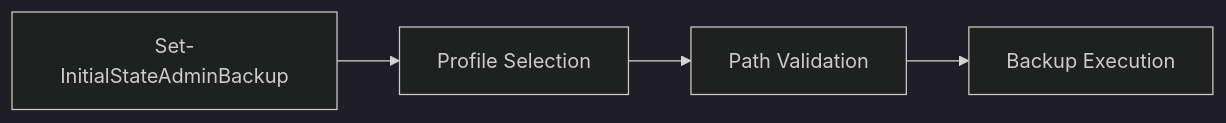
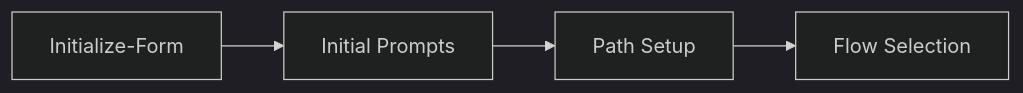
Before and after one commit to amcodin/Powershell_EQL: the second of 4 diagrams in memory-bank/activeContext.md, drawn with Mermaid (dark theme). The commit also changed other lines of this file and 2 other files, not shown here.

````diff
--- a/memory-bank/activeContext.md
+++ b/memory-bank/activeContext.md
@@ -41,6 +42,6 @@
 ```mermaid
 graph LR
-    A[Set-InitialStateAdminBackup] --> B[Profile Selection]
-    B --> C[Path Validation]
-    C --> D[Backup Execution]
+    A[Initialize-Form] --> B[Initial Prompts]
+    B --> C[Path Setup]
+    C --> D[Flow Selection]
 ```
````
